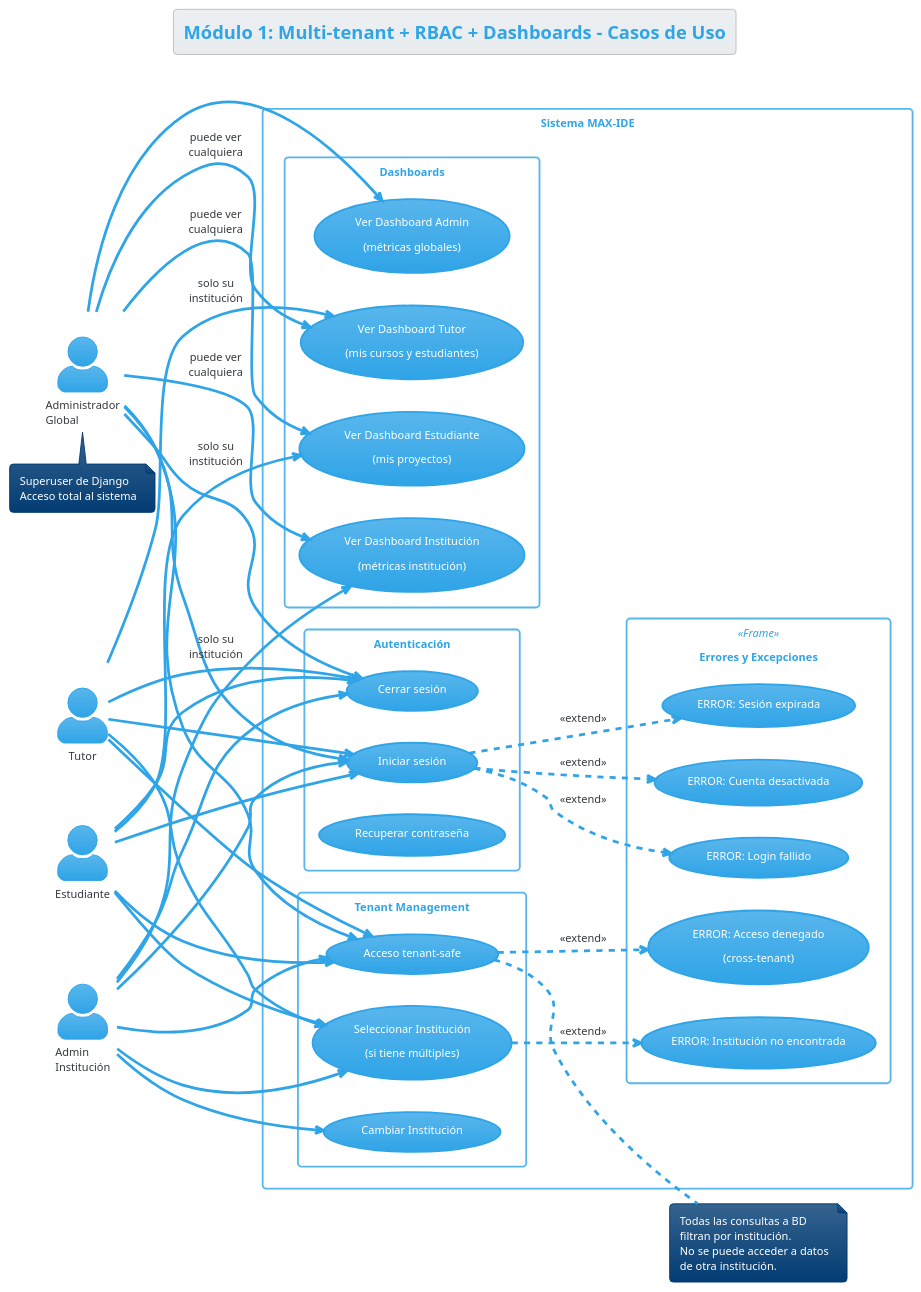
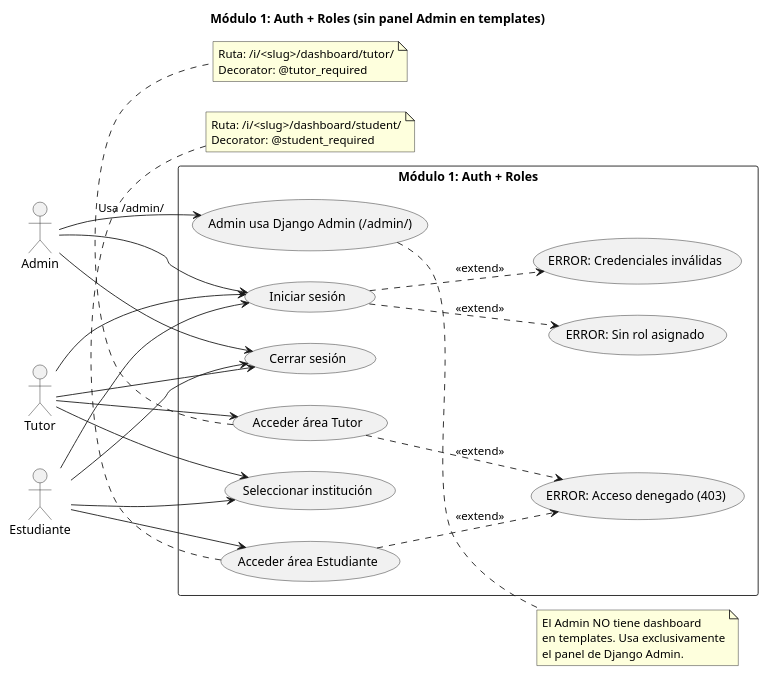
One commit to Luvigo/Max changed the diagram in docs/uml/module1/use_cases.puml. Above: the diagram before and after it, drawn with PlantUML. The commit also changed 9 other files, not shown here.

First line of the commit message:
MÓDULO 1: Auth + Roles (Admin, Tutor, Estudiante)

```diff
--- a/docs/uml/module1/use_cases.puml
+++ b/docs/uml/module1/use_cases.puml
@@ -1,94 +1,57 @@
 @startuml
-!theme cerulean
-title Módulo 1: Multi-tenant + RBAC + Dashboards - Casos de Uso
+title Módulo 1: Auth + Roles (sin panel Admin en templates)
+left to right direction
 
-left to right direction
-skinparam actorStyle awesome
-skinparam packageStyle rectangle
+actor Admin
+actor Tutor
+actor Estudiante
 
-actor "Administrador\nGlobal" as Admin <<admin>>
-actor "Admin\nInstitución" as Inst <<institution>>
-actor Tutor <<tutor>>
-actor Estudiante <<student>>
+rectangle "Módulo 1: Auth + Roles" {
+  usecase "Iniciar sesión" as UC_Login
+  usecase "Cerrar sesión" as UC_Logout
+  usecase "Acceder área Tutor" as UC_TutorDash
+  usecase "Acceder área Estudiante" as UC_StudentDash
+  usecase "Admin usa Django Admin (/admin/)" as UC_AdminDjangoAdmin
+  usecase "Seleccionar institución" as UC_SelectInst
 
-rectangle "Sistema MAX-IDE" {
-    
-    package "Autenticación" {
-        usecase "Iniciar sesión" as UC_Login
-        usecase "Cerrar sesión" as UC_Logout
-        usecase "Recuperar contraseña" as UC_Recovery
-    }
-    
-    package "Tenant Management" {
-        usecase "Seleccionar Institución\n(si tiene múltiples)" as UC_SelectTenant
-        usecase "Cambiar Institución" as UC_ChangeTenant
-        usecase "Acceso tenant-safe" as UC_TenantScope
-    }
-    
-    package "Dashboards" {
-        usecase "Ver Dashboard Admin\n(métricas globales)" as UC_AdminDash
-        usecase "Ver Dashboard Institución\n(métricas institución)" as UC_InstDash
-        usecase "Ver Dashboard Tutor\n(mis cursos y estudiantes)" as UC_TutorDash
-        usecase "Ver Dashboard Estudiante\n(mis proyectos)" as UC_StudentDash
-    }
-    
-    package "Errores y Excepciones" <<Frame>> {
-        usecase "ERROR: Login fallido" as E_LoginFail
-        usecase "ERROR: Acceso denegado\n(cross-tenant)" as E_Forbidden
-        usecase "ERROR: Cuenta desactivada" as E_Disabled
-        usecase "ERROR: Sesión expirada" as E_Expired
-        usecase "ERROR: Institución no encontrada" as E_NotFound
-    }
+  usecase "ERROR: Credenciales inválidas" as E_Login
+  usecase "ERROR: Acceso denegado (403)" as E_403
+  usecase "ERROR: Sin rol asignado" as E_NoRole
 }
 
-' Relaciones Admin Global
 Admin --> UC_Login
 Admin --> UC_Logout
-Admin --> UC_AdminDash
-Admin --> UC_InstDash : "puede ver\ncualquiera"
-Admin --> UC_TutorDash : "puede ver\ncualquiera"
-Admin --> UC_StudentDash : "puede ver\ncualquiera"
-Admin --> UC_TenantScope
-
-' Relaciones Admin Institución
-Inst --> UC_Login
-Inst --> UC_Logout
-Inst --> UC_SelectTenant
-Inst --> UC_ChangeTenant
-Inst --> UC_InstDash : "solo su\ninstitución"
-Inst --> UC_TenantScope
-
-' Relaciones Tutor
 Tutor --> UC_Login
 Tutor --> UC_Logout
-Tutor --> UC_SelectTenant
-Tutor --> UC_TutorDash : "solo su\ninstitución"
-Tutor --> UC_TenantScope
-
-' Relaciones Estudiante
 Estudiante --> UC_Login
 Estudiante --> UC_Logout
-Estudiante --> UC_SelectTenant
-Estudiante --> UC_StudentDash : "solo su\ninstitución"
-Estudiante --> UC_TenantScope
 
-' Extensiones de error
-UC_Login ..> E_LoginFail : <<extend>>
-UC_Login ..> E_Disabled : <<extend>>
-UC_Login ..> E_Expired : <<extend>>
-UC_TenantScope ..> E_Forbidden : <<extend>>
-UC_SelectTenant ..> E_NotFound : <<extend>>
+Admin --> UC_AdminDjangoAdmin : "Usa /admin/"
 
-note right of UC_TenantScope
-  Todas las consultas a BD
-  filtran por institución.
-  No se puede acceder a datos
-  de otra institución.
+Tutor --> UC_TutorDash
+Tutor --> UC_SelectInst
+
+Estudiante --> UC_StudentDash
+Estudiante --> UC_SelectInst
+
+UC_Login ..> E_Login : <<extend>>
+UC_Login ..> E_NoRole : <<extend>>
+UC_TutorDash ..> E_403 : <<extend>>
+UC_StudentDash ..> E_403 : <<extend>>
+
+note right of UC_AdminDjangoAdmin
+  El Admin NO tiene dashboard
+  en templates. Usa exclusivamente
+  el panel de Django Admin.
 end note
 
-note bottom of Admin
-  Superuser de Django
-  Acceso total al sistema
+note bottom of UC_TutorDash
+  Ruta: /i/<slug>/dashboard/tutor/
+  Decorator: @tutor_required
 end note
 
+note bottom of UC_StudentDash
+  Ruta: /i/<slug>/dashboard/student/
+  Decorator: @student_required
+end note
 @enduml
```
